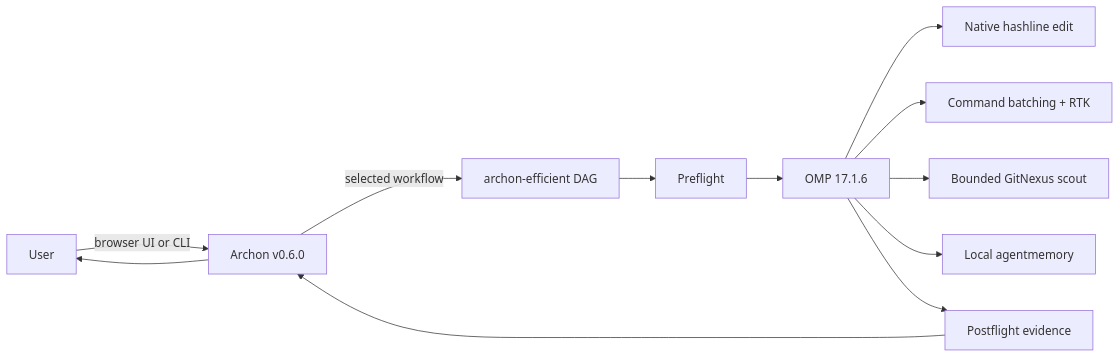
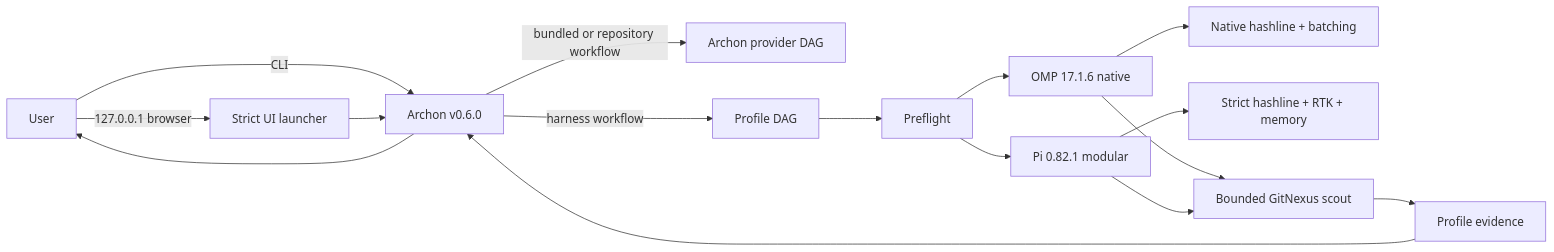
Before and after one commit to bradley-mankoff/archon-harness: the diagram in architect.md, drawn with Mermaid. The commit also changed other lines of this file and 43 other files, not shown here.

Commit message:
Add working dual-profile Archon harness

````diff
--- a/architect.md
+++ b/architect.md
@@ -29,14 +29,18 @@
 ```mermaid
 flowchart LR
-  U[User] -->|browser UI or CLI| A[Archon v0.6.0]
-  A -->|selected workflow| W[archon-efficient DAG]
+  U[User] -->|CLI| A[Archon v0.6.0]
+  U -->|127.0.0.1 browser| L[Strict UI launcher]
+  L --> A
+  A -->|bundled or repository workflow| D[Archon provider DAG]
+  A -->|harness workflow| W[Profile DAG]
   W --> P[Preflight]
-  P --> O[OMP 17.1.6]
-  O --> H[Native hashline edit]
-  O --> B[Command batching + RTK]
+  P --> O[OMP 17.1.6 native]
+  P --> I[Pi 0.82.1 modular]
+  O --> H[Native hashline + batching]
+  I --> M[Strict hashline + RTK + memory]
   O --> G[Bounded GitNexus scout]
-  O --> M[Local agentmemory]
-  O --> F[Postflight evidence]
+  I --> G
+  G --> F[Profile evidence]
   F --> A
   A --> U
 ```
````
